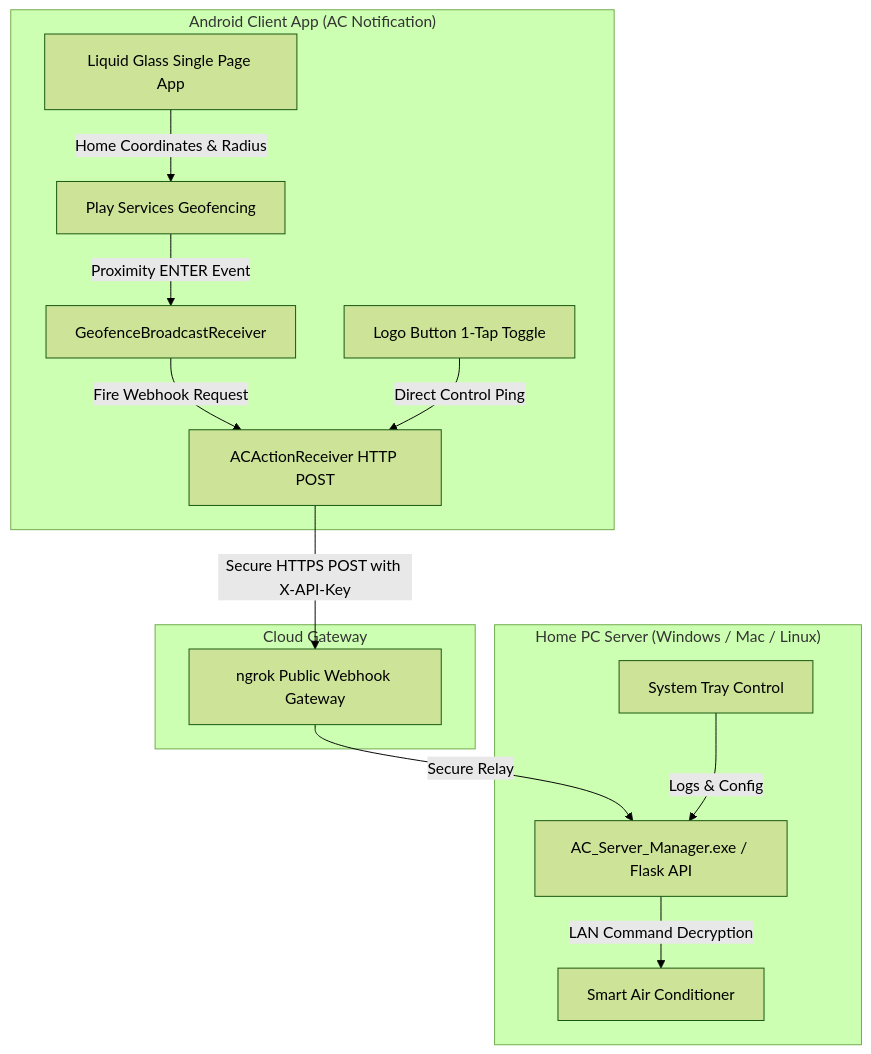
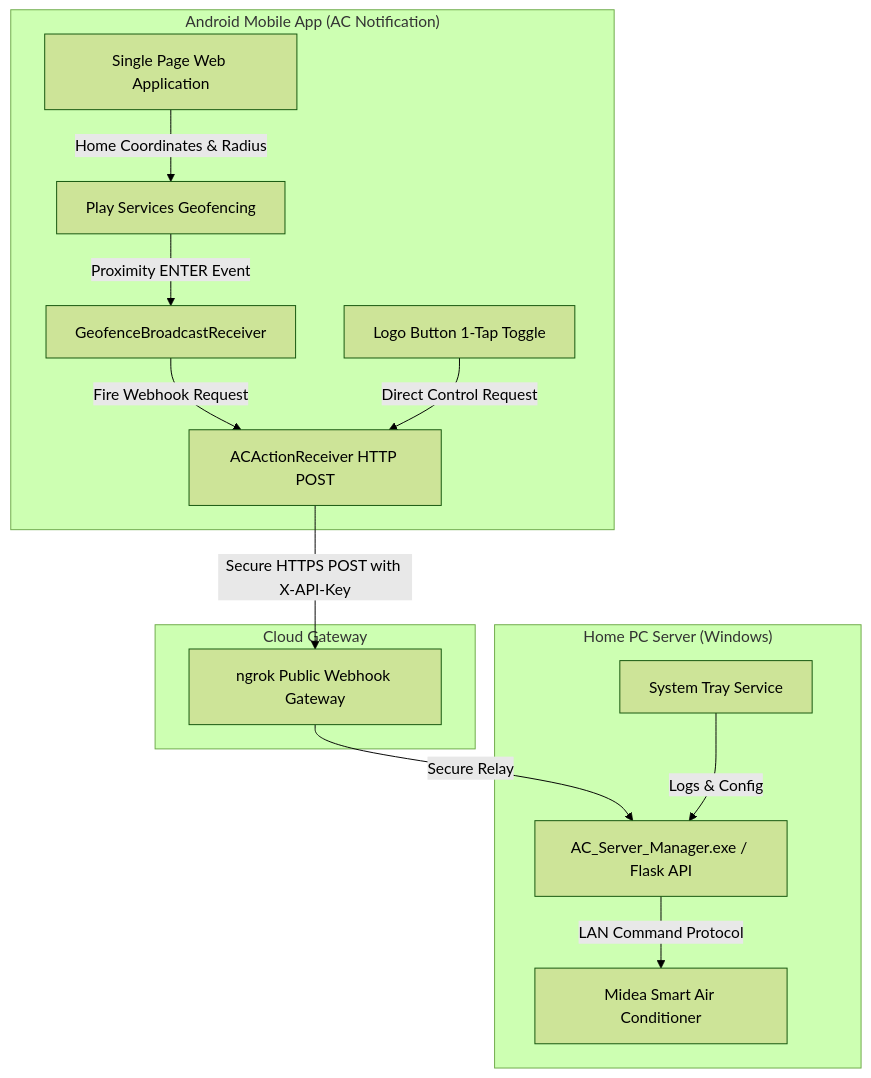
One commit to ogadassi/ac-notification changed the diagram in README.md. Above: the diagram before and after it, drawn with Mermaid (forest theme). The commit also changed other lines of this file and 1 other file, not shown here.

````diff
--- a/README.md
+++ b/README.md
@@ -59,19 +59,19 @@
 ```mermaid
 flowchart TD
-    subgraph "Android Client App (AC Notification)"
-        A[Liquid Glass Single Page App] -->|Home Coordinates & Radius| B[Play Services Geofencing]
+    subgraph "Android Mobile App (AC Notification)"
+        A[Single Page Web Application] -->|Home Coordinates & Radius| B[Play Services Geofencing]
         B -->|Proximity ENTER Event| C[GeofenceBroadcastReceiver]
         C -->|Fire Webhook Request| D[ACActionReceiver HTTP POST]
-        E[Logo Button 1-Tap Toggle] -->|Direct Control Ping| D
+        E[Logo Button 1-Tap Toggle] -->|Direct Control Request| D
     end
 
     subgraph "Cloud Gateway"
         D -->|Secure HTTPS POST with X-API-Key| F[ngrok Public Webhook Gateway]
     end
 
-    subgraph "Home PC Server (Windows / Mac / Linux)"
+    subgraph "Home PC Server (Windows)"
         F -->|Secure Relay| G[AC_Server_Manager.exe / Flask API]
-        H[System Tray Control] -->|Logs & Config| G
-        G -->|LAN Command Decryption| I[Smart Air Conditioner]
+        H[System Tray Service] -->|Logs & Config| G
+        G -->|LAN Command Protocol| I[Midea Smart Air Conditioner]
     end
 ```
````
